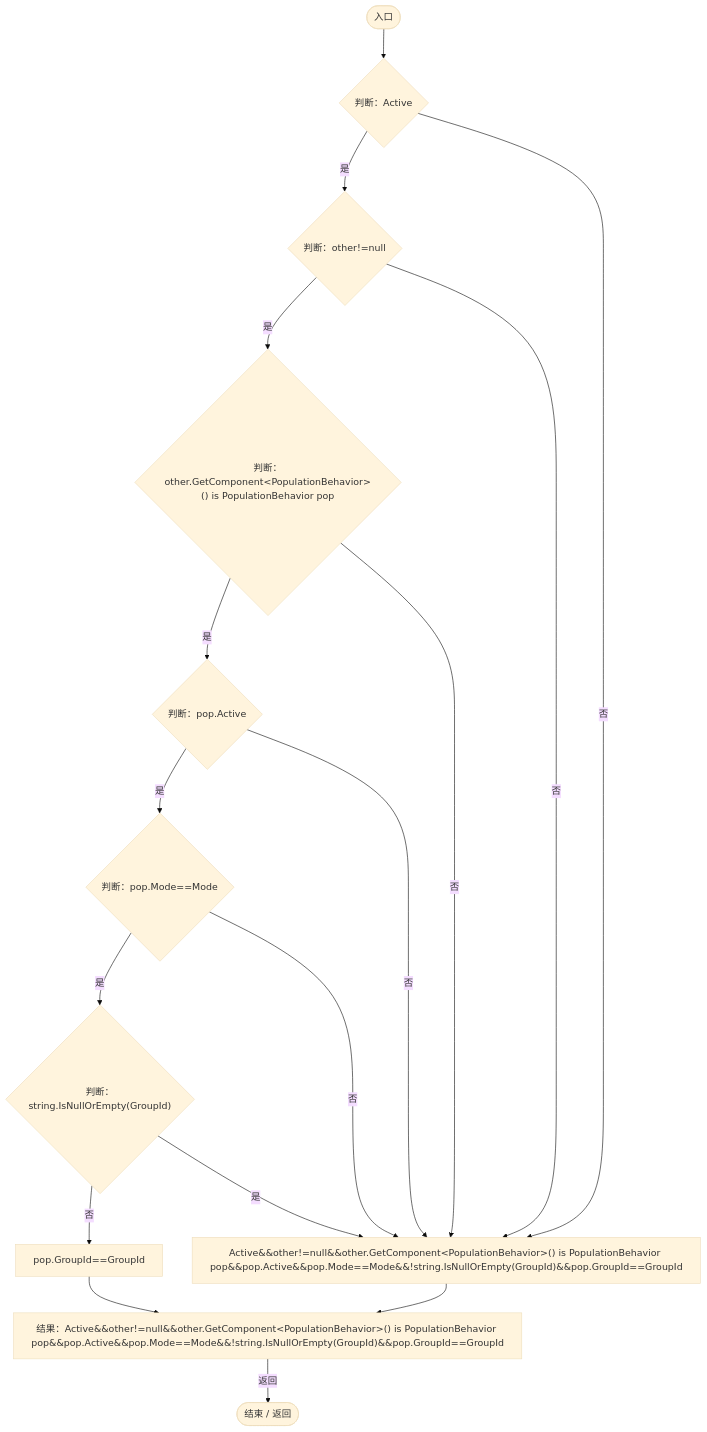
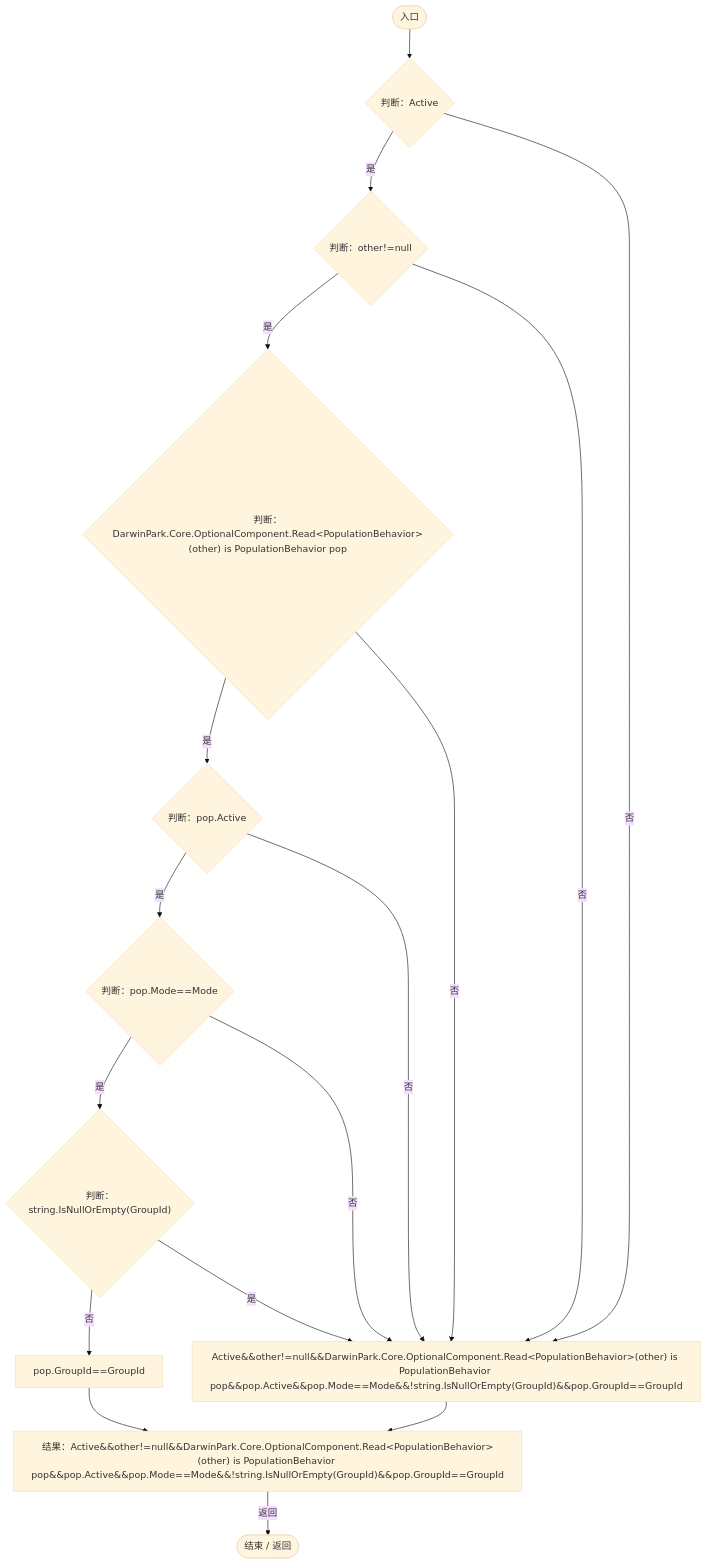
Before and after one commit to xhs6666/Darwin_paradise: diagram 41 of 54 in Docs/运行流程图/脚本/21e4f62f75a9a80f.md, drawn with Mermaid (base theme). The commit also changed other lines of this file and 297 other files, not shown here.

````diff
--- a/Docs/运行流程图/脚本/21e4f62f75a9a80f.md
+++ b/Docs/运行流程图/脚本/21e4f62f75a9a80f.md
@@ -1251,31 +1251,31 @@
 ```mermaid
 flowchart TD
   b0(["入口"])
   b1{"判断：Active"}
   b2{"判断：other!=null"}
-  b3{"判断：other.GetComponent&lt;PopulationBehavior&gt;() is PopulationBehavior pop"}
+  b3{"判断：DarwinPark.Core.OptionalComponent.Read&lt;PopulationBehavior&gt;(other) is PopulationBehavior pop"}
   b4{"判断：pop.Active"}
   b5{"判断：pop.Mode==Mode"}
   b6{"判断：string.IsNullOrEmpty(GroupId)"}
   b7["pop.GroupId==GroupId"]
-  b8["Active&amp;&amp;other!=null&amp;&amp;other.GetComponent&lt;PopulationBehavior&gt;() is PopulationBehavior pop&amp;&amp;pop.Active&amp;&amp;pop.Mode==Mode&amp;&amp;!string.IsNullOrEmpty(GroupId)&amp;&amp;pop.GroupId==GroupId"]
-  b9["结果：Active&amp;&amp;other!=null&amp;&amp;other.GetComponent&lt;PopulationBehavior&gt;() is PopulationBehavior pop&amp;&amp;pop.Active&amp;&amp;pop.Mode==Mode&amp;&amp;!string.IsNullOrEmpty(GroupId)&amp;&amp;pop.GroupId==GroupId"]
+  b8["Active&amp;&amp;other!=null&amp;&amp;DarwinPark.Core.OptionalComponent.Read&lt;PopulationBehavior&gt;(other) is PopulationBehavior pop&amp;&amp;pop.Active&amp;&amp;pop.Mode==Mode&amp;&amp;!string.IsNullOrEmpty(GroupId)&amp;&amp;pop.GroupId==GroupId"]
+  b9["结果：Active&amp;&amp;other!=null&amp;&amp;DarwinPark.Core.OptionalComponent.Read&lt;PopulationBehavior&gt;(other) is PopulationBehavior pop&amp;&amp;pop.Active&amp;&amp;pop.Mode==Mode&amp;&amp;!string.IsNullOrEmpty(GroupId)&amp;&amp;pop.GroupId==GroupId"]
   b10(["结束 / 返回"])
   b0 --> b1
   b1 -->|"是"| b2
   b1 -->|"否"| b8
   b2 -->|"是"| b3
   b2 -->|"否"| b8
   b3 -->|"是"| b4
   b3 -->|"否"| b8
   b4 -->|"是"| b5
   b4 -->|"否"| b8
   b5 -->|"是"| b6
   b5 -->|"否"| b8
   b6 -->|"否"| b7
   b6 -->|"是"| b8
   b7 --> b9
   b8 --> b9
   b9 -->|"返回"| b10
 
 ```
````
